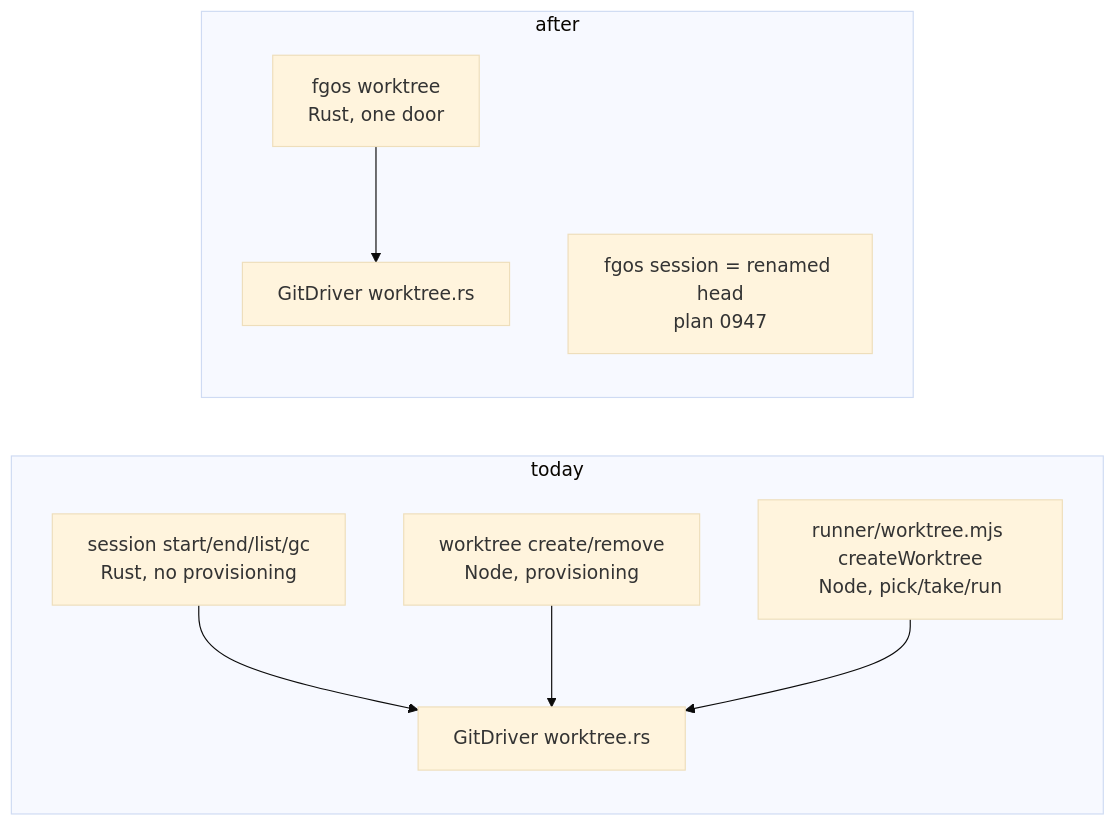
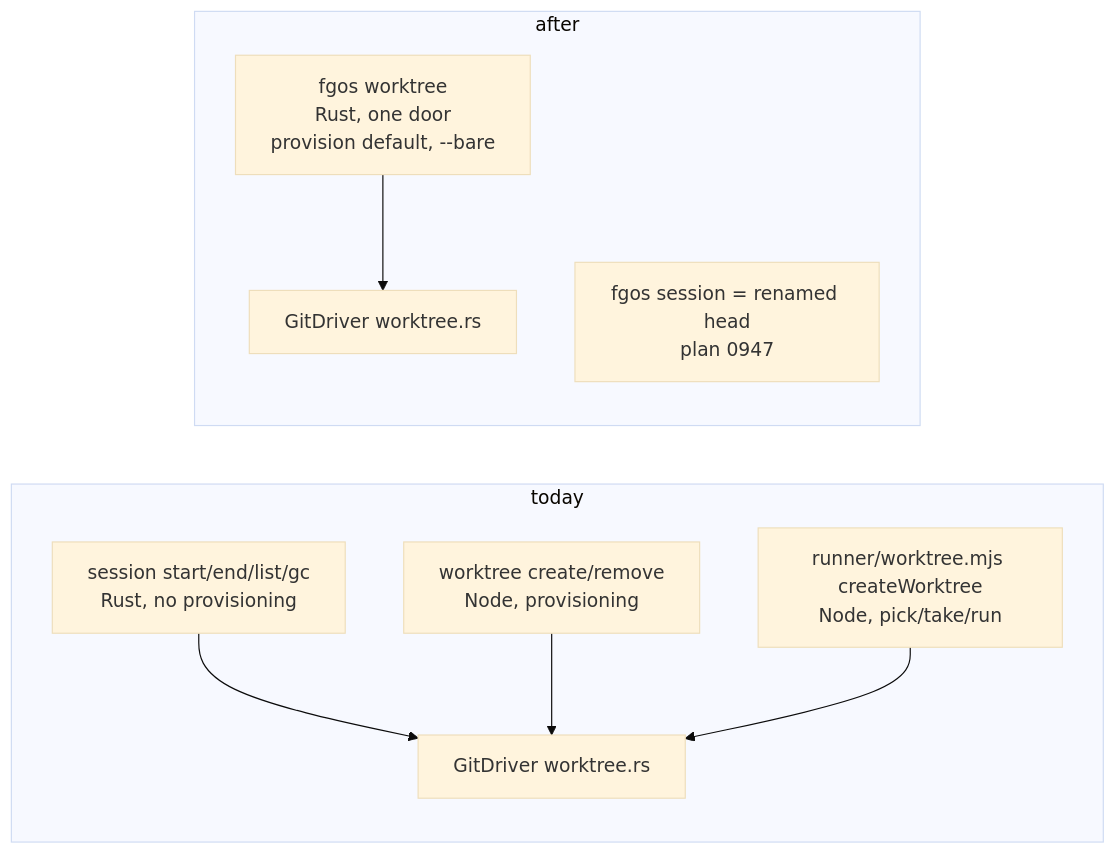
One commit to vantt/forgent changed the diagram in docs/discussions/rust-verb-migration-s6a/DISCUSSION.md. Above: the diagram before and after it, drawn with Mermaid (base theme). The commit also changed other lines of this file and 1 other file, not shown here.

Commit message:
docs(discussion): S6a worktree create provisions by default with a bare opt-out

````diff
--- a/docs/discussions/rust-verb-migration-s6a/DISCUSSION.md
+++ b/docs/discussions/rust-verb-migration-s6a/DISCUSSION.md
@@ -62,12 +64,12 @@
 ```mermaid
 flowchart LR
   subgraph today
     S[session start/end/list/gc<br/>Rust, no provisioning] --> G[GitDriver worktree.rs]
     W[worktree create/remove<br/>Node, provisioning] --> G
     R[runner/worktree.mjs createWorktree<br/>Node, pick/take/run] --> G
   end
   subgraph after
-    WR[fgos worktree<br/>Rust, one door] --> G2[GitDriver worktree.rs]
+    WR[fgos worktree<br/>Rust, one door<br/>provision default, --bare] --> G2[GitDriver worktree.rs]
     H[fgos session = renamed head<br/>plan 0947]
   end
 ```
````
